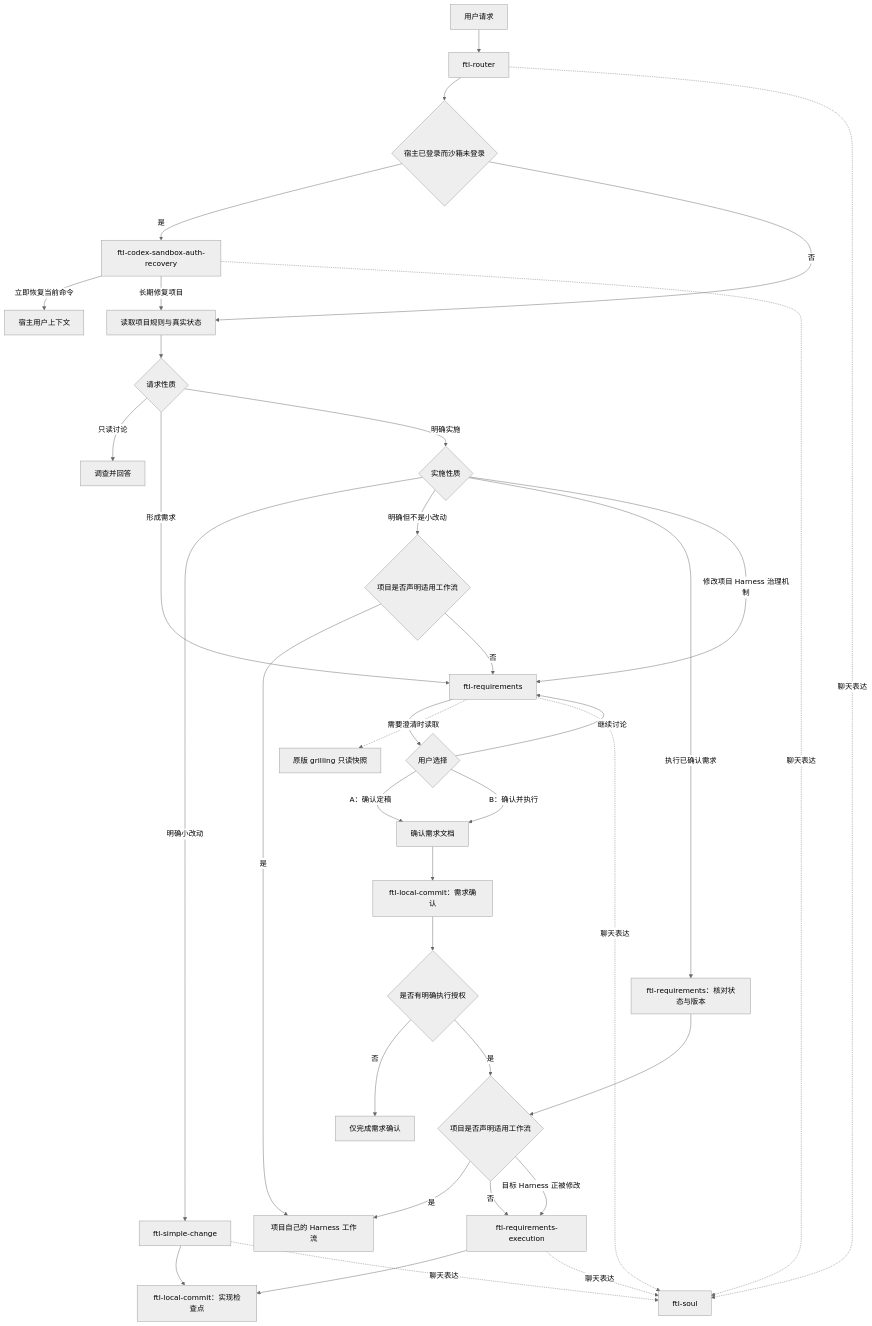
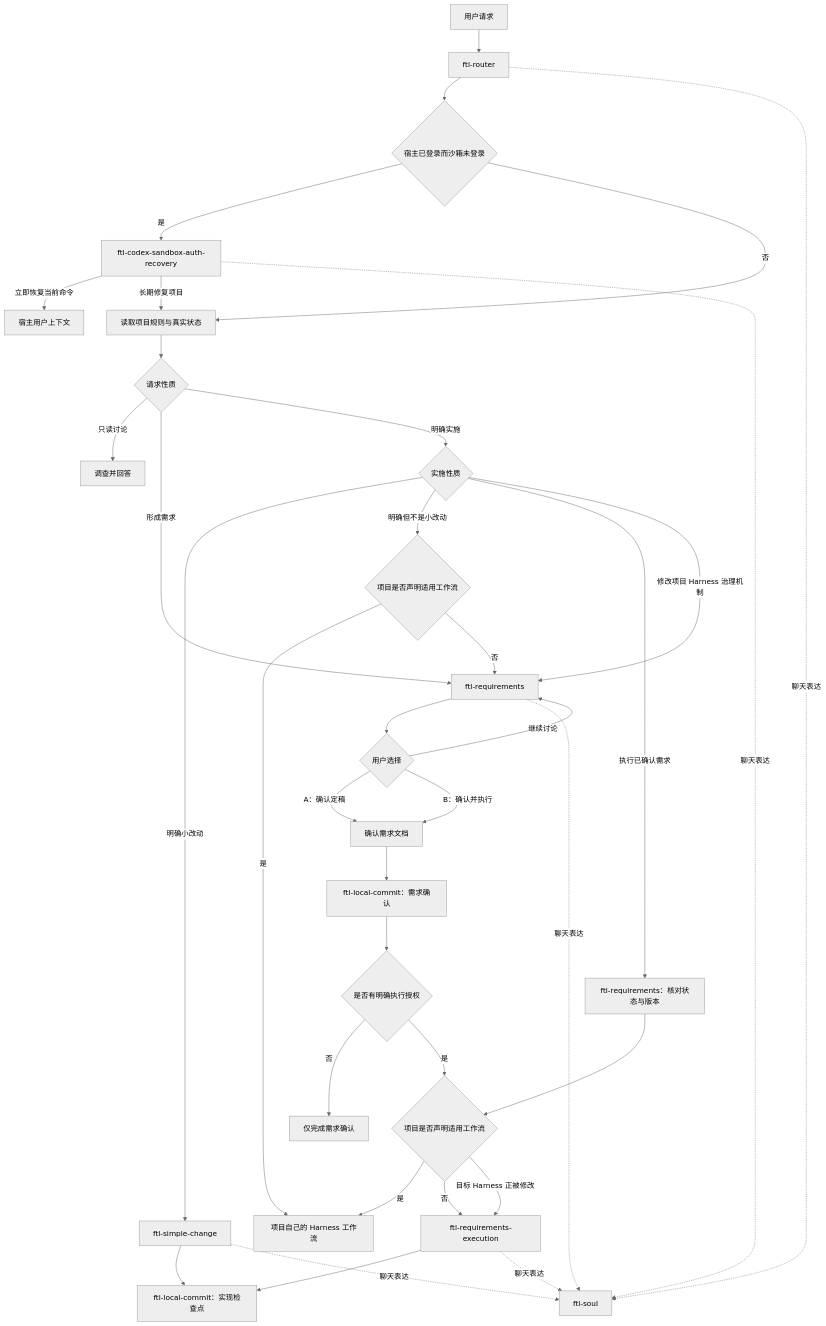
The diagram in README.md (ContinuumFTL/FTLSoulSkill), drawn with Mermaid (neutral theme) before and after one commit. The commit also changed other lines of this file and 5 other files, not shown here.

````diff
--- a/README.md
+++ b/README.md
@@ -19,46 +19,45 @@
 ```mermaid
 flowchart TD
     U[用户请求] --> R[ftl-router]
     R --> CA{宿主已登录而沙箱未登录}
     CA -->|是| AR[ftl-codex-sandbox-auth-recovery]
     CA -->|否| P[读取项目规则与真实状态]
     AR -->|立即恢复当前命令| HR[宿主用户上下文]
     AR -->|长期修复项目| P
     P --> K{请求性质}
 
     K -->|只读讨论| A[调查并回答]
     K -->|形成需求| Q[ftl-requirements]
     K -->|明确实施| I{实施性质}
 
     I -->|明确小改动| S[ftl-simple-change]
     I -->|明确但不是小改动| NW{项目是否声明适用工作流}
     I -->|执行已确认需求| V[ftl-requirements：核对状态与版本]
     I -->|修改项目 Harness 治理机制| Q
 
     NW -->|是| H
     NW -->|否| Q
     V --> W{项目是否声明适用工作流}
 
     Q --> C{用户选择}
-    Q -.需要澄清时读取.-> G[原版 grilling 只读快照]
     C -->|继续讨论| Q
     C -->|A：确认定稿| D[确认需求文档]
     C -->|B：确认并执行| D
     D --> LC[ftl-local-commit：需求确认]
     LC --> X{是否有明确执行授权}
     X -->|否| Z[仅完成需求确认]
     X -->|是| W
 
     W -->|是| H[项目自己的 Harness 工作流]
     W -->|否| E[ftl-requirements-execution]
     W -->|目标 Harness 正被修改| E
 
     S --> L[ftl-local-commit：实现检查点]
     E --> L
 
     R -.聊天表达.-> N[ftl-soul]
     AR -.聊天表达.-> N
     S -.聊天表达.-> N
     Q -.聊天表达.-> N
     E -.聊天表达.-> N
 ```
````
